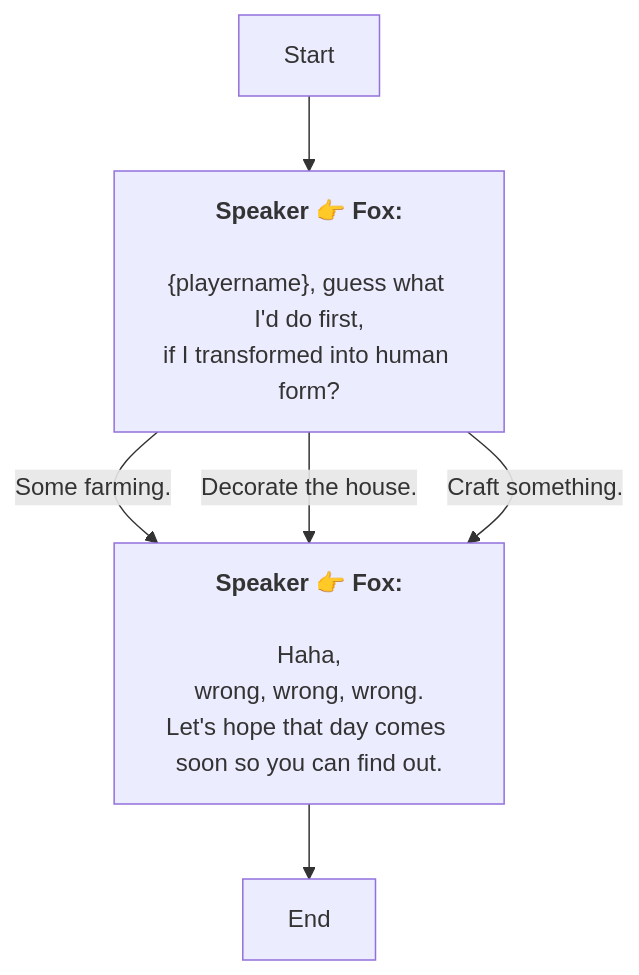
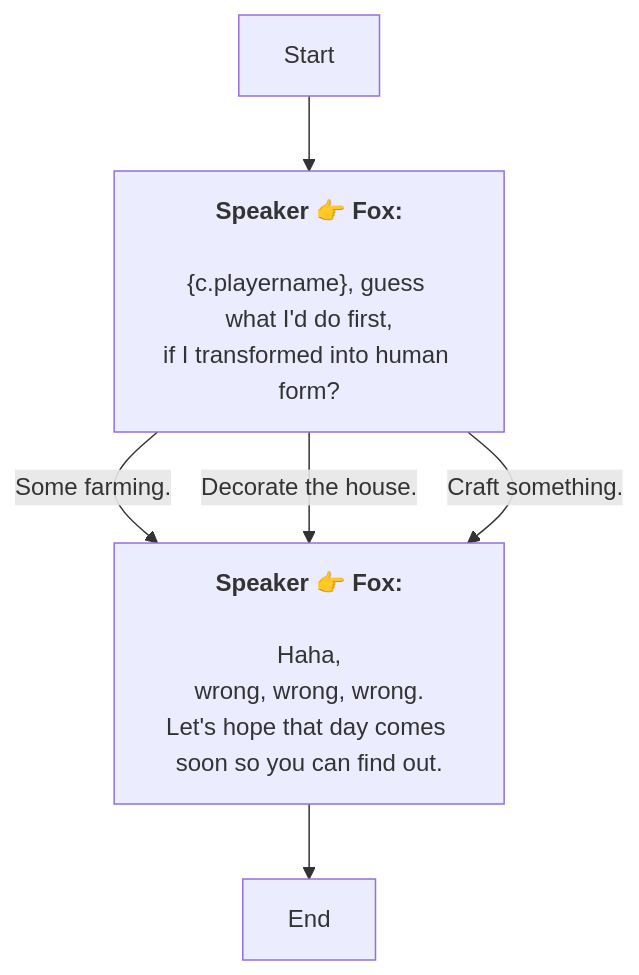
One commit to SoftHu/tos_avg changed the diagram in En/AddDialogNode_1738541867360458.md. Above: the diagram before and after it, drawn with Mermaid. The commit also changed 410 other files, not shown here.

````diff
--- a/En/AddDialogNode_1738541867360458.md
+++ b/En/AddDialogNode_1738541867360458.md
@@ -1,20 +1,20 @@
 ```mermaid
 graph
 Start -->1738541912862925[<b>Speaker 👉 Fox:</b>
-\n&lbrace;playername&rbrace;, guess what I'd do first,
+\n&lbrace;c.playername&rbrace;, guess what I'd do first,
 if I transformed into human form?]
 1738541912862925 -->|Some farming.|1738542038299861[<b>Speaker 👉 Fox:</b>
 \nHaha,
 wrong, wrong, wrong.
 Let's hope that day comes soon so you can find out.]
 1738541912862925 -->|Decorate the house.|1738542038299861[<b>Speaker 👉 Fox:</b>
 \nHaha,
 wrong, wrong, wrong.
 Let's hope that day comes soon so you can find out.]
 1738541912862925 -->|Craft something.|1738542038299861[<b>Speaker 👉 Fox:</b>
 \nHaha,
 wrong, wrong, wrong.
 Let's hope that day comes soon so you can find out.]
 1738542038299861 -->1738542067698902[End]
 
 ```
````
